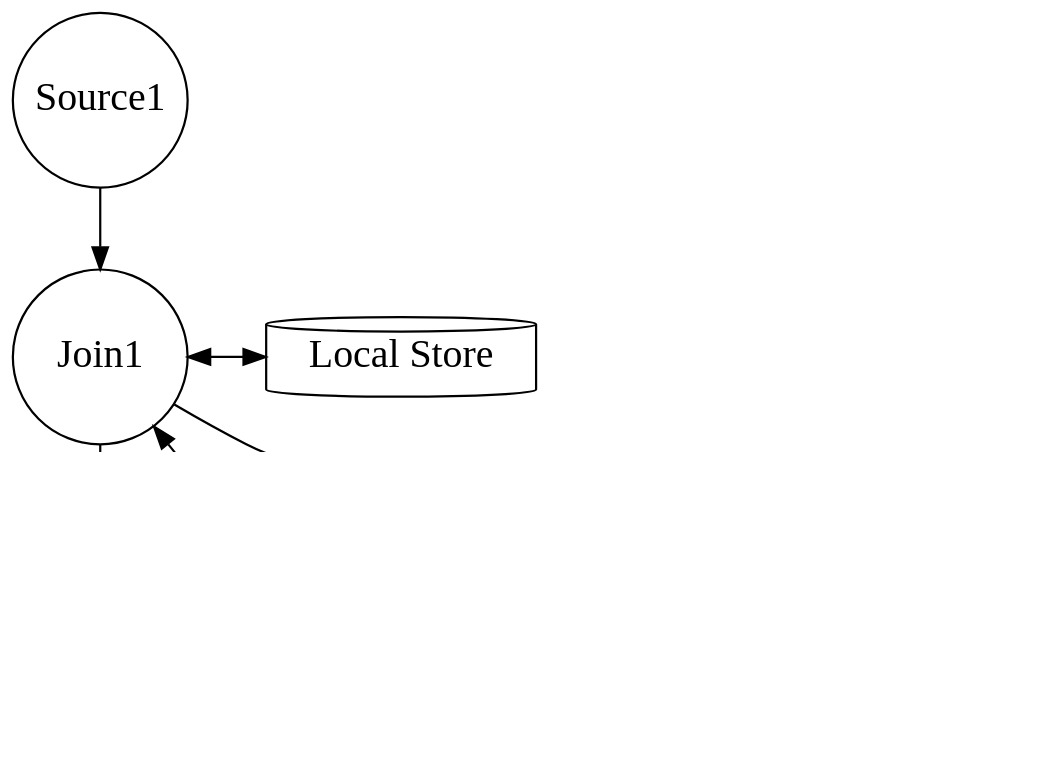
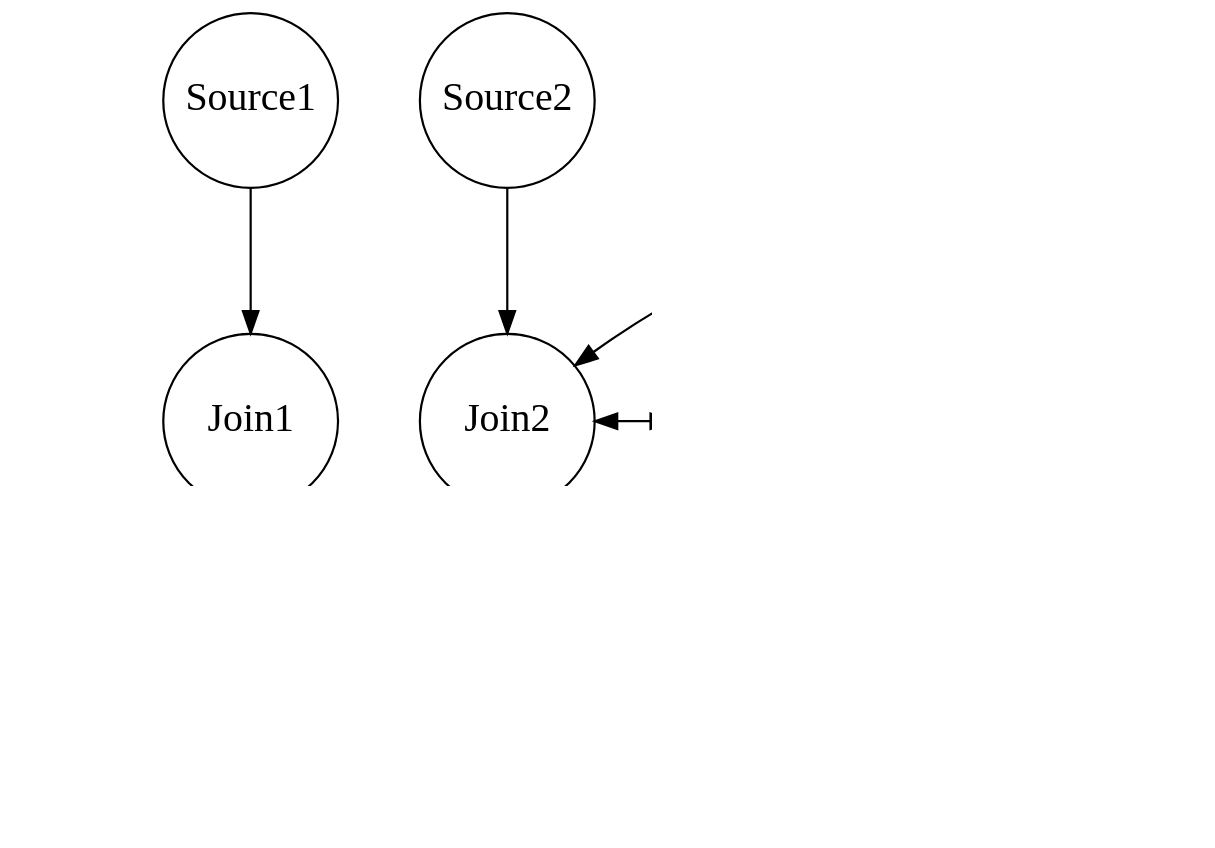
The sixth of 7 diagrams in lecture02/src/main/asciidoc/kstreams.adoc (inponomarev/kstreams-examples), drawn with Graphviz before and after one commit.

Commit message:
fix fk topology visualization

```diff
--- a/lecture02/src/main/asciidoc/kstreams.adoc
+++ b/lecture02/src/main/asciidoc/kstreams.adoc
@@ -472,25 +472,25 @@
 [graphviz, "fkjoin.png"]
 -----
 digraph G {
 graph [ dpi = 140 ]; 
 #rankdir="LR";
 node [fontsize=18; shape="circle"; fixedsize="true"; width="1.1"];
 {rank=min; Source1; Source2};
 {rank=same; Join1; Join2; Store1;Store2};
 
 Store1 [shape="cylinder"; label="Local Store"; fixedsize="true"; width="1.7"]
 Store2 [shape="cylinder"; label="Local Store"; fixedsize="true"; width="1.7"]
 Source1 -> Join1
 Source2 -> Join2
 Join1 -> subscribe -> Join2;
 Join1 -> update -> Join2[dir=back];
 subscribe[shape=record;label=" | | | | ";xlabel="subscribe"];
 update[shape=record;label=" | | | | ";xlabel="update"];
 Join1 -> Sink
-Join1 -> Store1 [dir=both; label=" \n "]
+Join2 -> Store1 [dir=both; label=" \n "]
 Join2 -> Store2 [dir=both; label=" \n "]
 
 subscribe->update[style=invis];
 
 }
 -----
```
